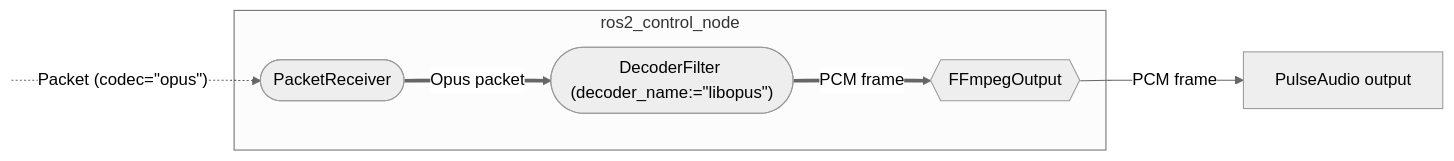
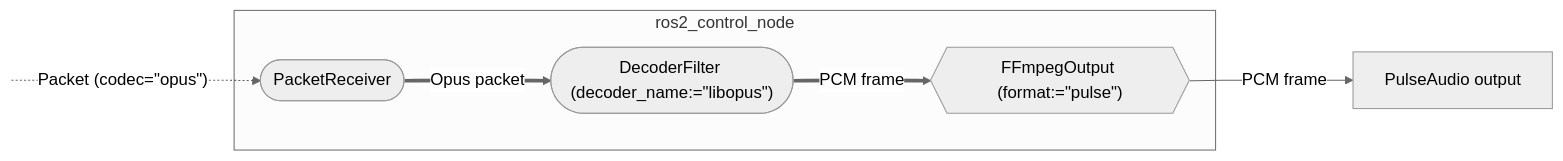
The third of 3 diagrams in README.md (yoshito-n-students/ffmpeg_pipeline), drawn with Mermaid (neutral theme) before and after one commit. The commit also changed other lines of this file, not shown here.

Commit message:
add input/output format in flowcharts

````diff
--- a/README.md
+++ b/README.md
@@ -160,10 +160,10 @@
 ```mermaid
 flowchart LR
    A:::hidden -. "Packet (codec=#quot;opus#quot;)" .-> B@{ shape: stadium, label: "PacketReceiver" }
    subgraph ros2_control_node
    B == "Opus packet" ==> C@{ shape: stadium, label: "DecoderFilter (decoder_name:=#quot;libopus#quot;)" }
-   C == "PCM frame" ==> D@{ shape: hex, label: "FFmpegOutput" }
+   C == "PCM frame" ==> D@{ shape: hex, label: "FFmpegOutput (format:=#quot;pulse#quot;)" }
    end
    D -- "PCM frame" --> H@{ shape: rect, label: "PulseAudio output" }
    classDef hidden display: none;
 ```
````
